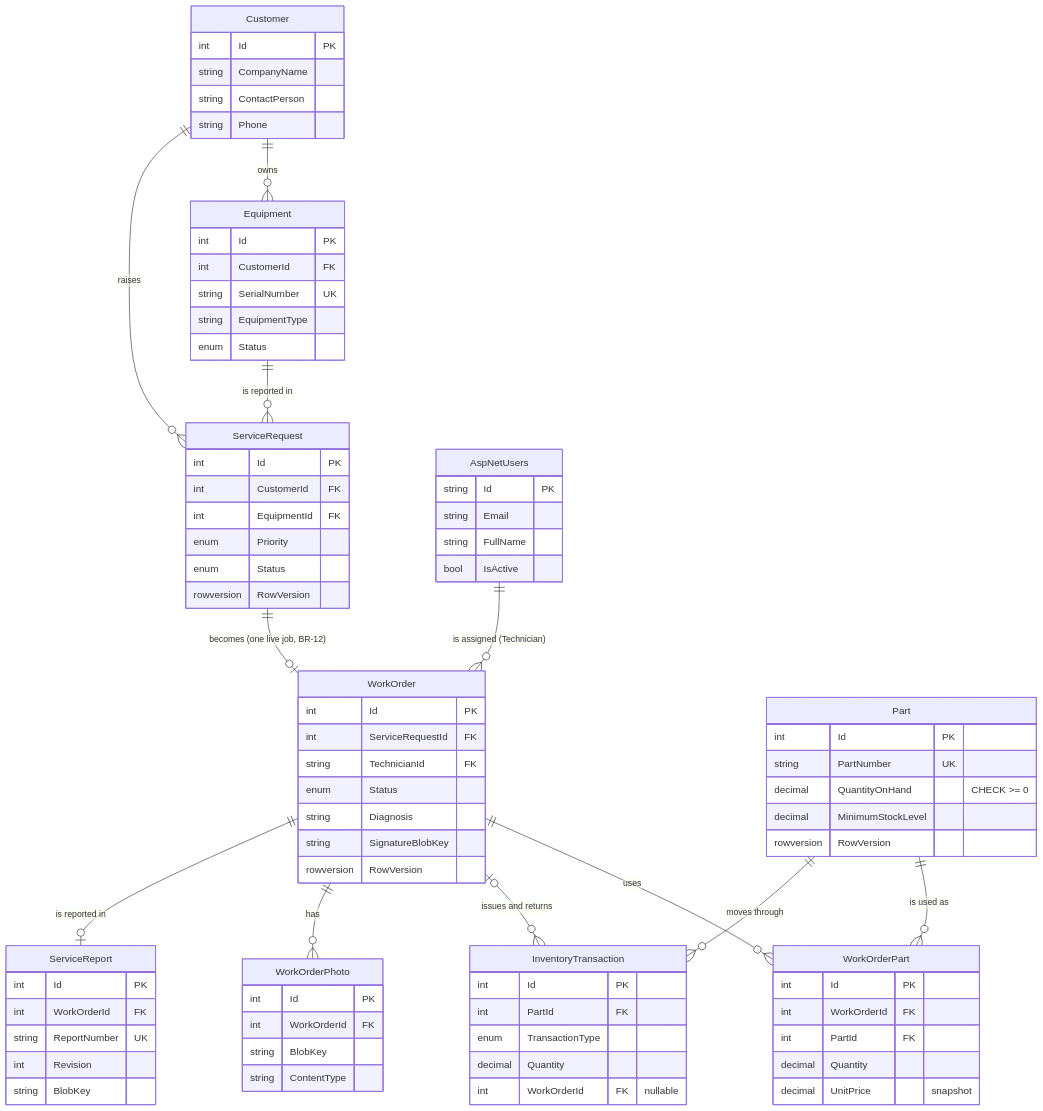
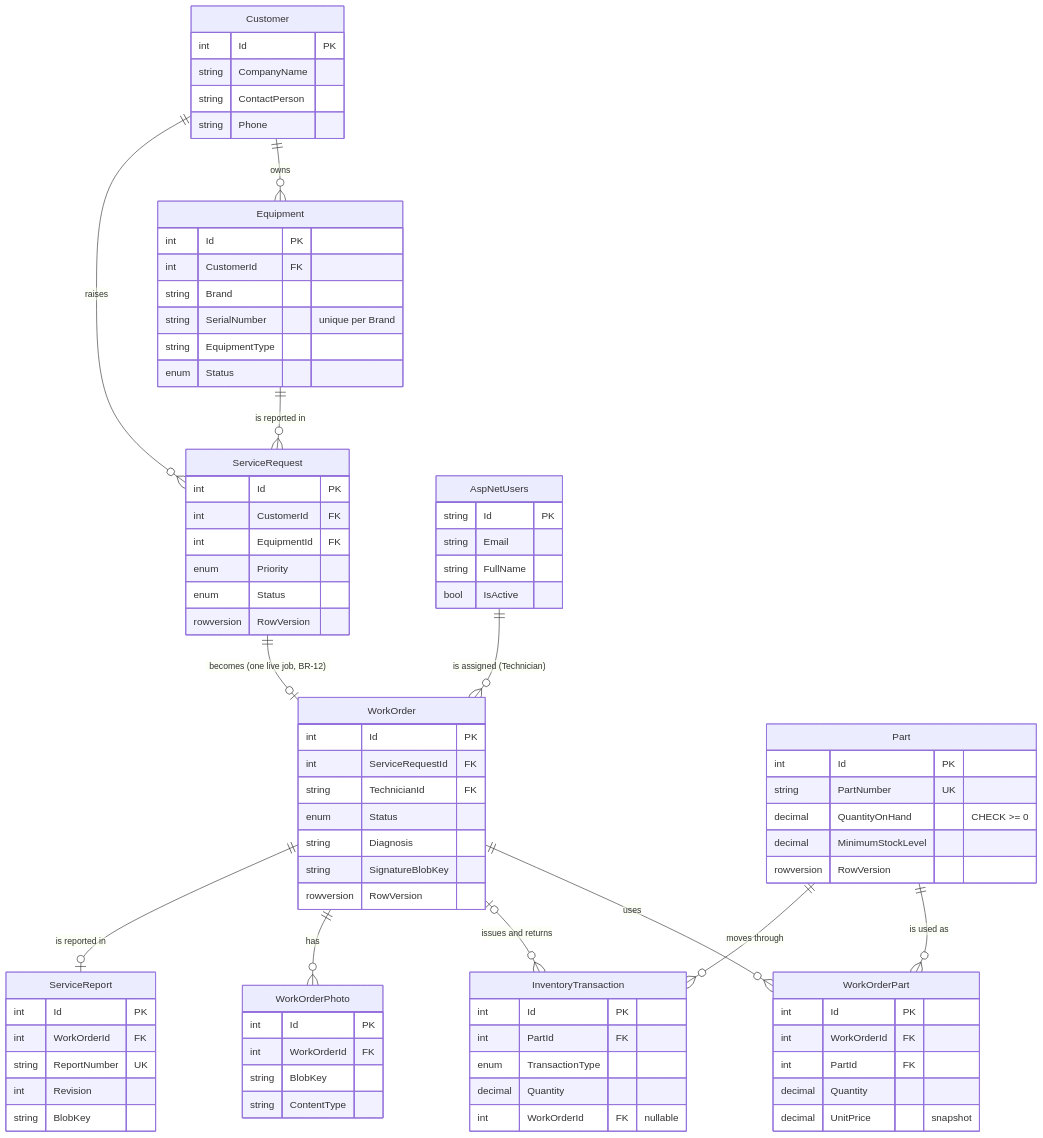
One commit to Winnie8596/SarawakBizOps changed the second of 4 diagrams in README.md. Above: the diagram before and after it, drawn with Mermaid. The commit also changed other lines of this file and 16 other files, not shown here.

First line of the commit message:
feat(db): immutable ledger trigger, serial unique per brand, checked role seeding

```diff
--- a/README.md
+++ b/README.md
@@ -133,7 +133,8 @@
   Equipment {
     int Id PK
     int CustomerId FK
-    string SerialNumber UK
+    string Brand
+    string SerialNumber "unique per Brand"
     string EquipmentType
     enum Status
   }
```
